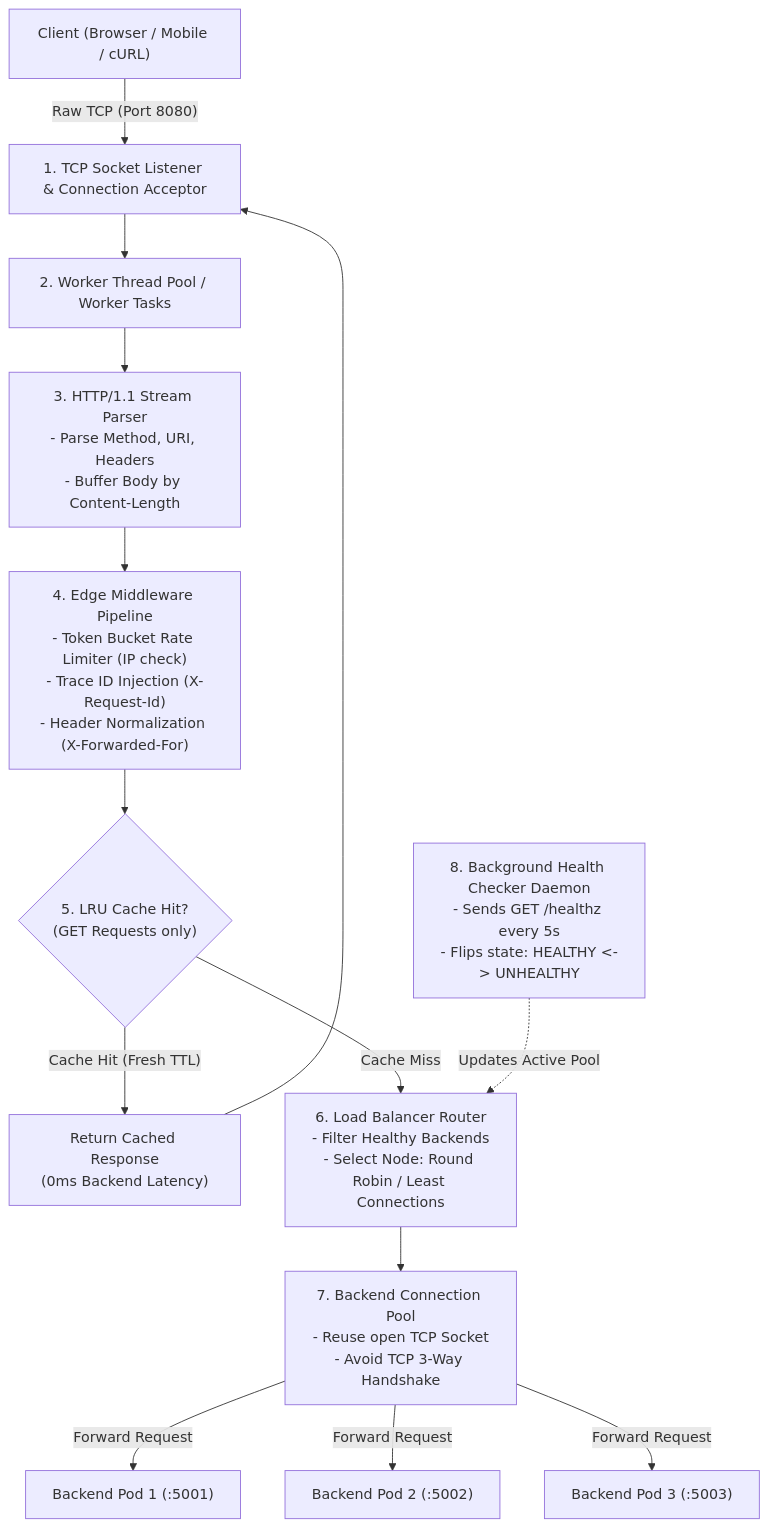
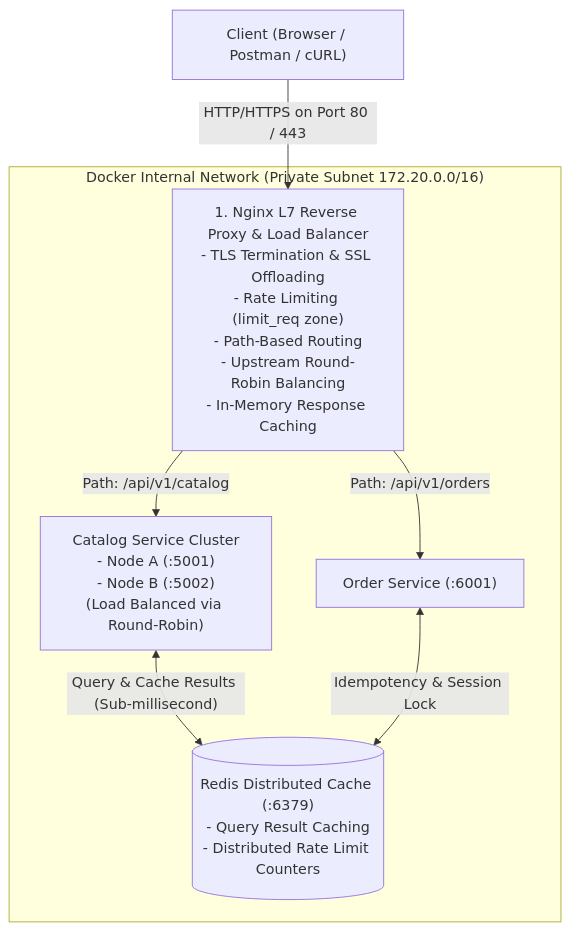
One commit to Deepak126678/networking-for-system-design changed the diagram in PROJECT_SYNOPSIS_L7_PROXY_LOAD_BALANCER.md. Above: the diagram before and after it, drawn with Mermaid. The commit also changed other lines of this file and 7 other files, not shown here.

````diff
--- a/PROJECT_SYNOPSIS_L7_PROXY_LOAD_BALANCER.md
+++ b/PROJECT_SYNOPSIS_L7_PROXY_LOAD_BALANCER.md
@@ -49,23 +41,13 @@
 ```mermaid
 flowchart TD
-    Client["Client (Browser / Mobile / cURL)"] -->|"Raw TCP (Port 8080)"| TCP_Listener["1. TCP Socket Listener & Connection Acceptor"]
-    
-    TCP_Listener --> WorkerPool["2. Worker Thread Pool / Worker Tasks"]
-    
-    WorkerPool --> Parser["3. HTTP/1.1 Stream Parser\n- Parse Method, URI, Headers\n- Buffer Body by Content-Length"]
-    
-    Parser --> Middleware["4. Edge Middleware Pipeline\n- Token Bucket Rate Limiter (IP check)\n- Trace ID Injection (X-Request-Id)\n- Header Normalization (X-Forwarded-For)"]
-    
-    Middleware --> Cache{"5. LRU Cache Hit?\n(GET Requests only)"}
-    Cache -->|"Cache Hit (Fresh TTL)"| FastResponse["Return Cached Response\n(0ms Backend Latency)"] --> TCP_Listener
-    
-    Cache -->|"Cache Miss"| LBRouting["6. Load Balancer Router\n- Filter Healthy Backends\n- Select Node: Round Robin / Least Connections"]
-    
-    LBRouting --> ConnPool["7. Backend Connection Pool\n- Reuse open TCP Socket\n- Avoid TCP 3-Way Handshake"]
-    
-    ConnPool -->|"Forward Request"| B1["Backend Pod 1 (:5001)"]
-    ConnPool -->|"Forward Request"| B2["Backend Pod 2 (:5002)"]
-    ConnPool -->|"Forward Request"| B3["Backend Pod 3 (:5003)"]
-    
-    HealthCheckThread["8. Background Health Checker Daemon\n- Sends GET /healthz every 5s\n- Flips state: HEALTHY <-> UNHEALTHY"] -.->|"Updates Active Pool"| LBRouting
+    Client["Client (Browser / Postman / cURL)"] -->|"HTTP/HTTPS on Port 80 / 443"| Nginx["1. Nginx L7 Reverse Proxy & Load Balancer\n- TLS Termination & SSL Offloading\n- Rate Limiting (limit_req zone)\n- Path-Based Routing\n- Upstream Round-Robin Balancing\n- In-Memory Response Caching"]
+
+    subgraph Internal_Private_Network ["Docker Internal Network (Private Subnet 172.20.0.0/16)"]
+        Nginx -->|"Path: /api/v1/catalog"| CatalogCluster["Catalog Service Cluster\n- Node A (:5001)\n- Node B (:5002)\n(Load Balanced via Round-Robin)"]
+        
+        Nginx -->|"Path: /api/v1/orders"| OrderService["Order Service (:6001)"]
+        
+        CatalogCluster <-->|"Query & Cache Results (Sub-millisecond)"| Redis[("Redis Distributed Cache (:6379)\n- Query Result Caching\n- Distributed Rate Limit Counters")]
+        OrderService <-->|"Idempotency & Session Lock"| Redis
+    end
 ```
````
